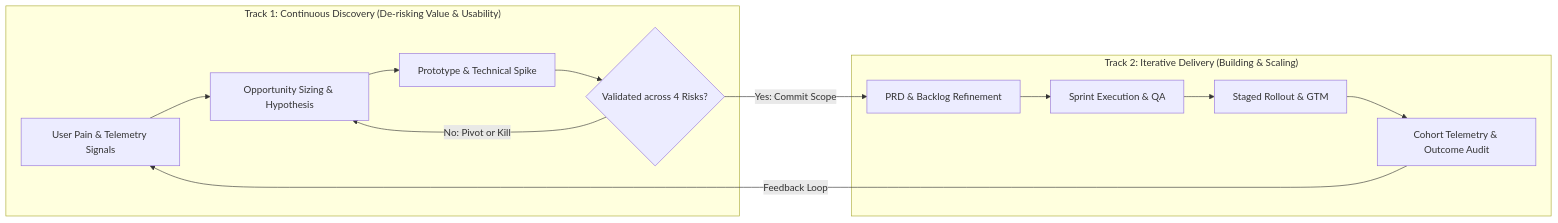
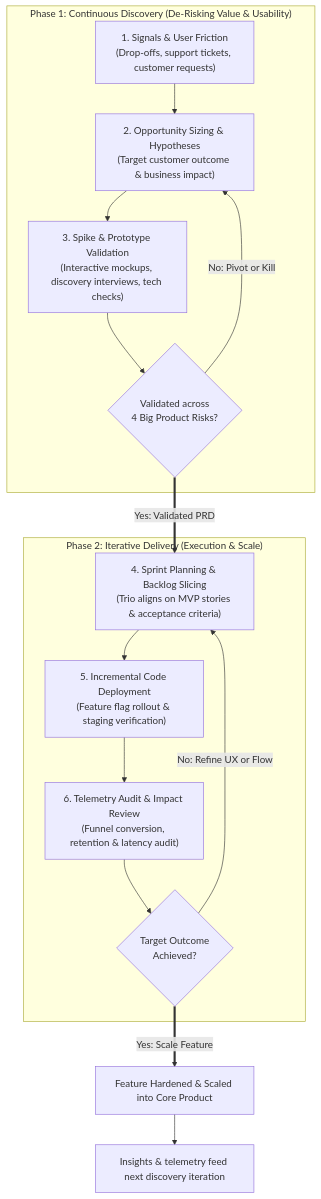
Before and after one commit to 07anishu12/07anishu12.github.io: the diagram in data/blog/product/what-is-product-management.md, drawn with Mermaid. The commit also changed 298 other files, not shown here.

Commit message:
feat(blog): publish complete 25-article product management compendium with responsive flowcharts and verified metadata

````diff
--- a/data/blog/product/what-is-product-management.md
+++ b/data/blog/product/what-is-product-management.md
@@ -120,16 +120,24 @@
 ```mermaid
-flowchart LR
-    subgraph Track_1_Discovery ["Track 1: Continuous Discovery (De-risking Value & Usability)"]
-        A[User Pain & Telemetry Signals] --> B[Opportunity Sizing & Hypothesis]
-        B --> C[Prototype & Technical Spike]
-        C --> D{Validated across 4 Risks?}
-        D -- No: Pivot or Kill --> B
+flowchart TD
+    subgraph Discovery ["Phase 1: Continuous Discovery (De-Risking Value & Usability)"]
+        D1["1. Signals & User Friction<br/>(Drop-offs, support tickets, customer requests)"]
+        D2["2. Opportunity Sizing & Hypotheses<br/>(Target customer outcome & business impact)"]
+        D3["3. Spike & Prototype Validation<br/>(Interactive mockups, discovery interviews, tech checks)"]
+        D4{"Validated across<br/>4 Big Product Risks?"}
+        D1 --> D2 --> D3 --> D4
+        D4 -- "No: Pivot or Kill" --> D2
     end
-    subgraph Track_2_Delivery ["Track 2: Iterative Delivery (Building & Scaling)"]
-        D -- Yes: Commit Scope --> E[PRD & Backlog Refinement]
-        E --> F[Sprint Execution & QA]
-        F --> G[Staged Rollout & GTM]
-        G --> H[Cohort Telemetry & Outcome Audit]
+
+    subgraph Delivery ["Phase 2: Iterative Delivery (Execution & Scale)"]
+        E1["4. Sprint Planning & Backlog Slicing<br/>(Trio aligns on MVP stories & acceptance criteria)"]
+        E2["5. Incremental Code Deployment<br/>(Feature flag rollout & staging verification)"]
+        E3["6. Telemetry Audit & Impact Review<br/>(Funnel conversion, retention & latency audit)"]
+        E4{"Target Outcome<br/>Achieved?"}
+        E1 --> E2 --> E3 --> E4
+        E4 -- "No: Refine UX or Flow" --> E1
     end
-    H -->|Feedback Loop| A
+
+    D4 ==>|"Yes: Validated PRD"| E1
+    E4 ==>|"Yes: Scale Feature"| Scale["Feature Hardened & Scaled into Core Product"]
+    Scale --> Next["Insights & telemetry feed next discovery iteration"]
 ```
````
